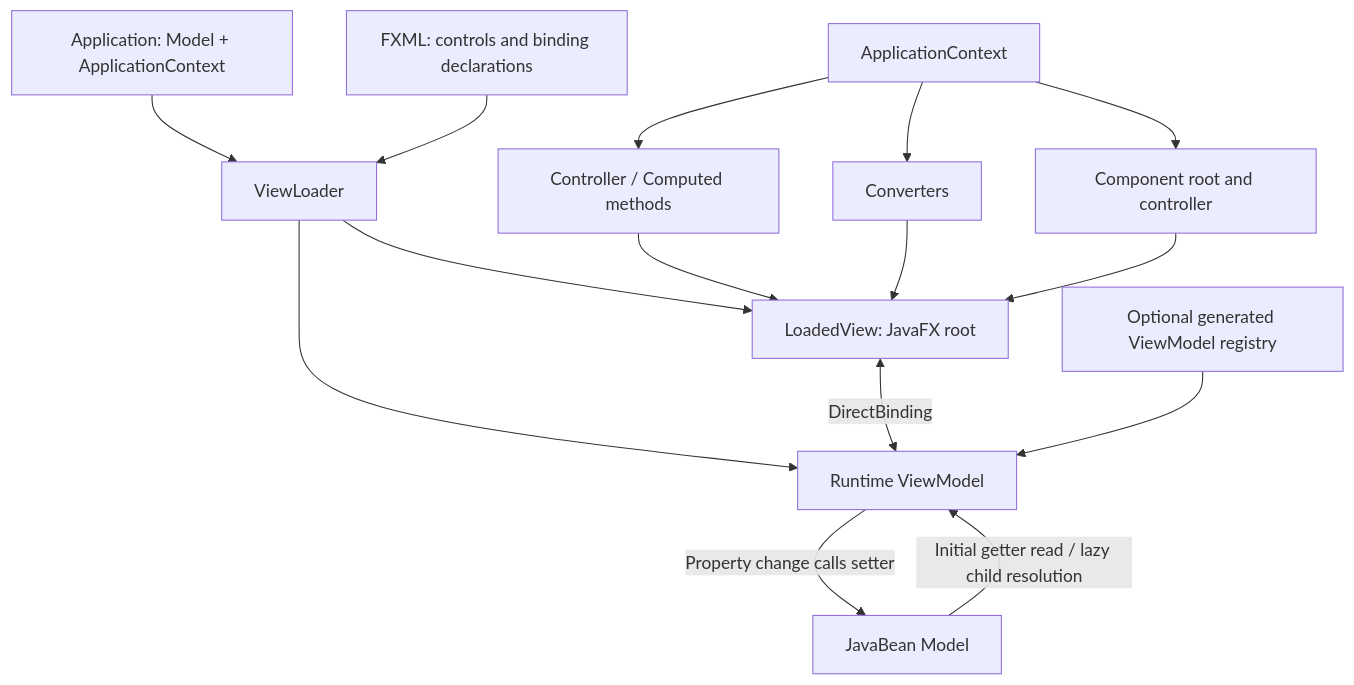
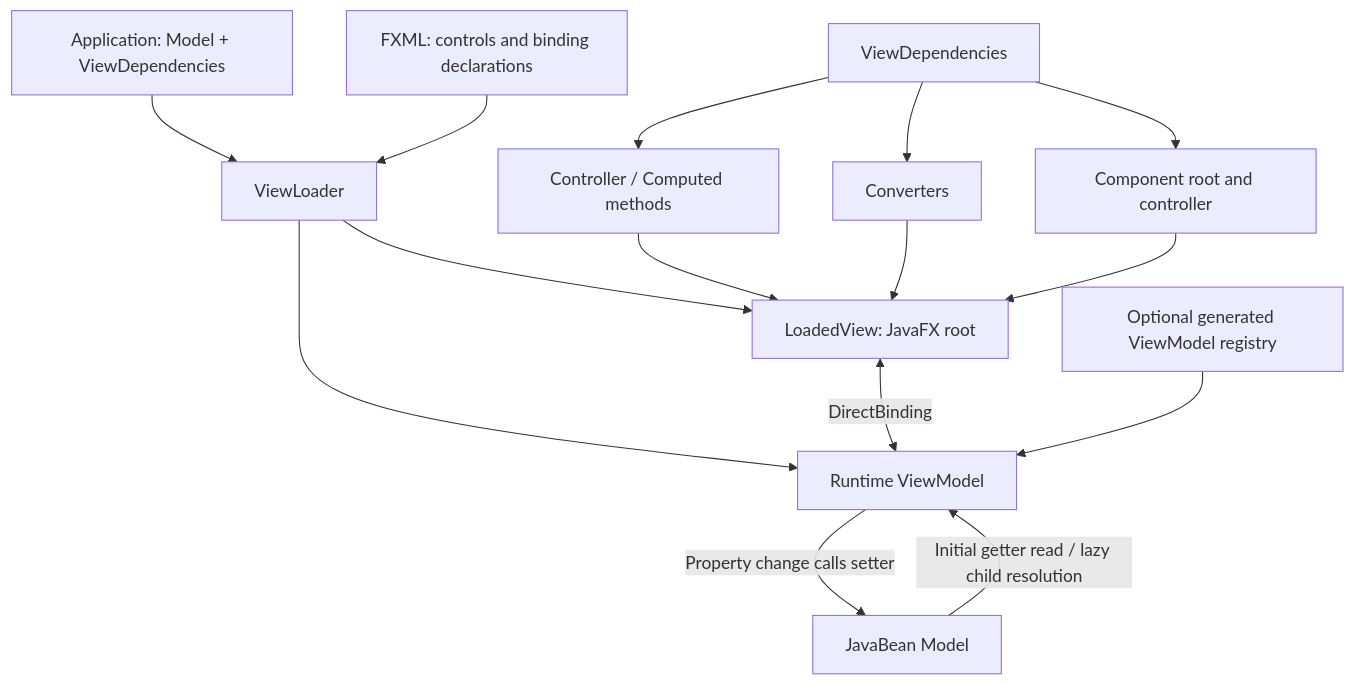
One commit to kneitzel/NeitzelLib changed the diagram in fx/docs/architecture.md. Above: the diagram before and after it, drawn with Mermaid. The commit also changed other lines of this file and 105 other files, not shown here.

````diff
--- a/fx/docs/architecture.md
+++ b/fx/docs/architecture.md
@@ -9,17 +9,17 @@
 ```mermaid
 flowchart TD
-    App[Application: Model + ApplicationContext] --> Loader[ViewLoader]
+    App[Application: Model + ViewDependencies] --> Loader[ViewLoader]
     FXML[FXML: controls and binding declarations] --> Loader
     Loader --> View[LoadedView: JavaFX root]
     Loader --> VM[Runtime ViewModel]
     Model[JavaBean Model] -->|Initial getter read / lazy child resolution| VM
     VM -->|Property change calls setter| Model
     View <-->|DirectBinding| VM
-    Context[ApplicationContext] --> Controller[Controller / Computed methods]
+    Context[ViewDependencies] --> Controller[Controller / Computed methods]
     Context --> Converter[Converters]
     Context --> Component[Component root and controller]
     Controller --> View
     Converter --> View
     Component --> View
     Registry[Optional generated ViewModel registry] --> VM
 ```
````
